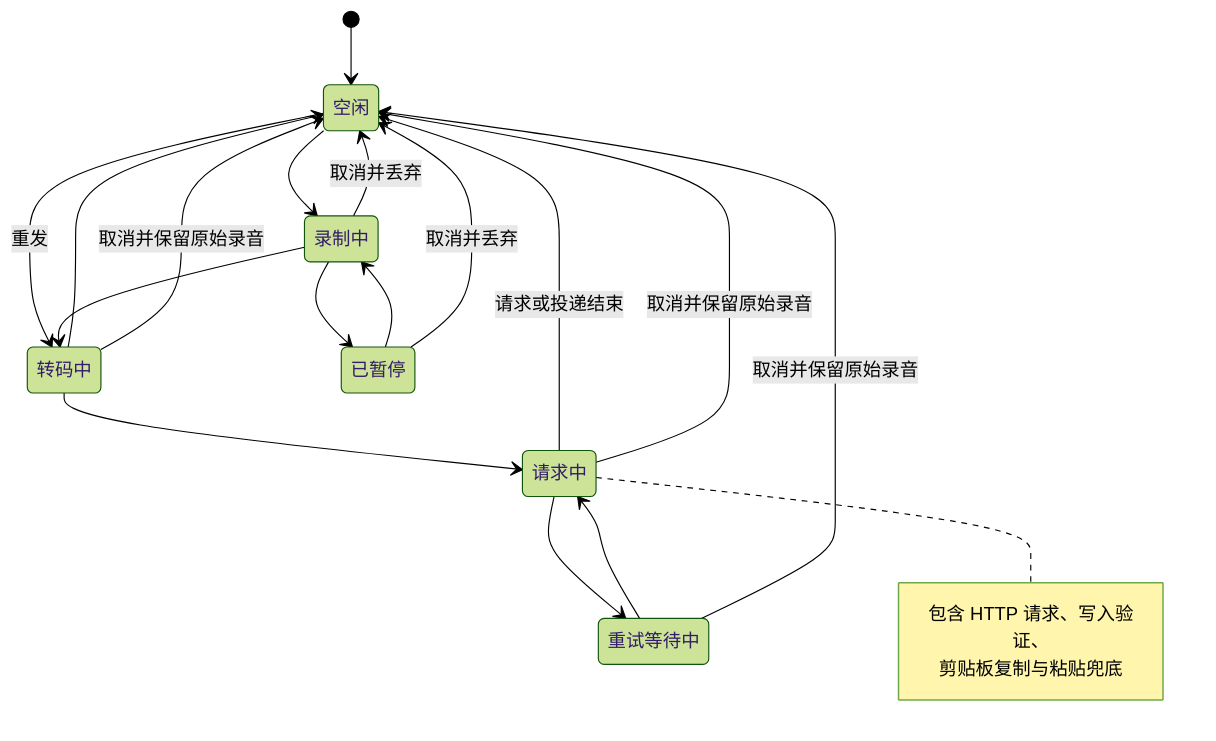
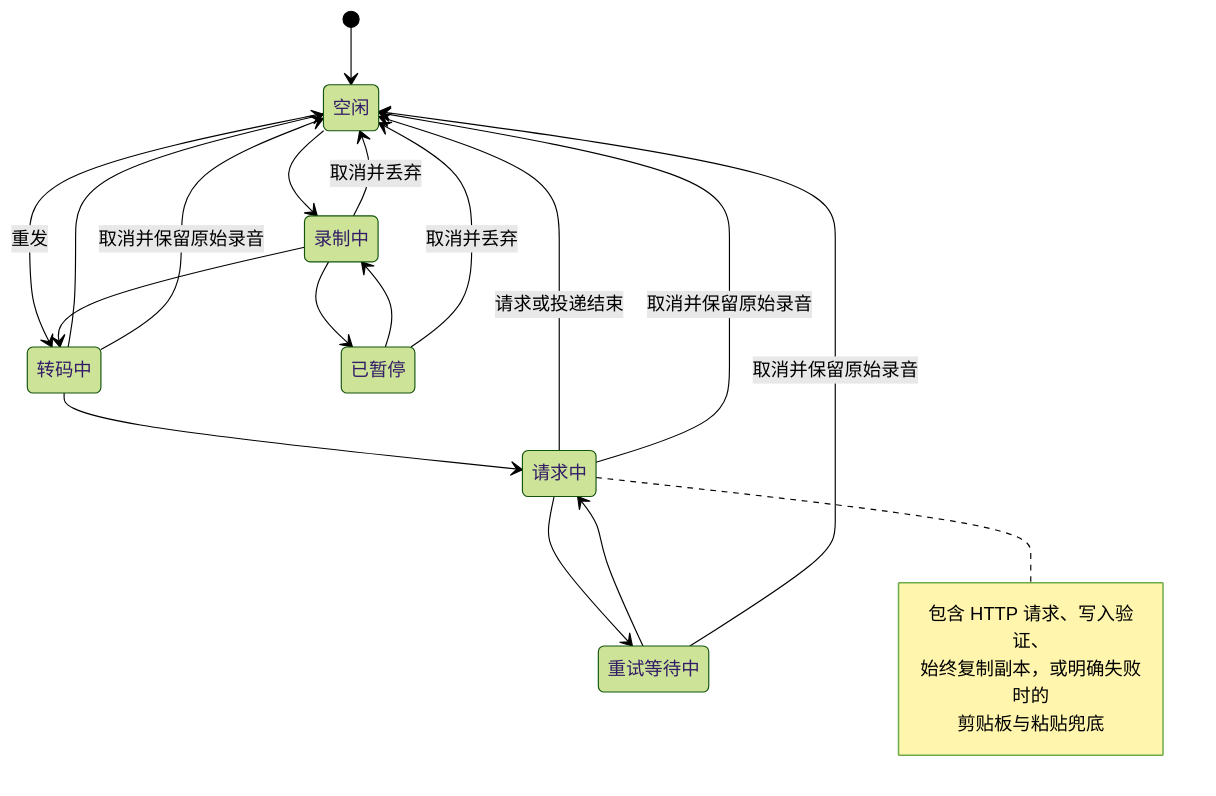
Before and after one commit to Joey-Kot/Dictate: the third of 3 diagrams in README_ZH.md, drawn with Mermaid (forest theme). The commit also changed other lines of this file and 6 other files, not shown here.

````diff
--- a/README_ZH.md
+++ b/README_ZH.md
@@ -117,23 +117,24 @@
 ```mermaid
 stateDiagram-v2
   [*] --> 空闲
   空闲 --> 录制中
   空闲 --> 转码中: 重发
   录制中 --> 已暂停
   已暂停 --> 录制中
   录制中 --> 转码中
   转码中 --> 请求中
   请求中 --> 重试等待中
   重试等待中 --> 请求中
   请求中 --> 空闲: 请求或投递结束
   转码中 --> 空闲
   录制中 --> 空闲: 取消并丢弃
   已暂停 --> 空闲: 取消并丢弃
   转码中 --> 空闲: 取消并保留原始录音
   请求中 --> 空闲: 取消并保留原始录音
   重试等待中 --> 空闲: 取消并保留原始录音
   note right of 请求中
     包含 HTTP 请求、写入验证、
-    剪贴板复制与粘贴兜底
+    始终复制副本，或明确失败时的
+    剪贴板与粘贴兜底
   end note
 ```
````
